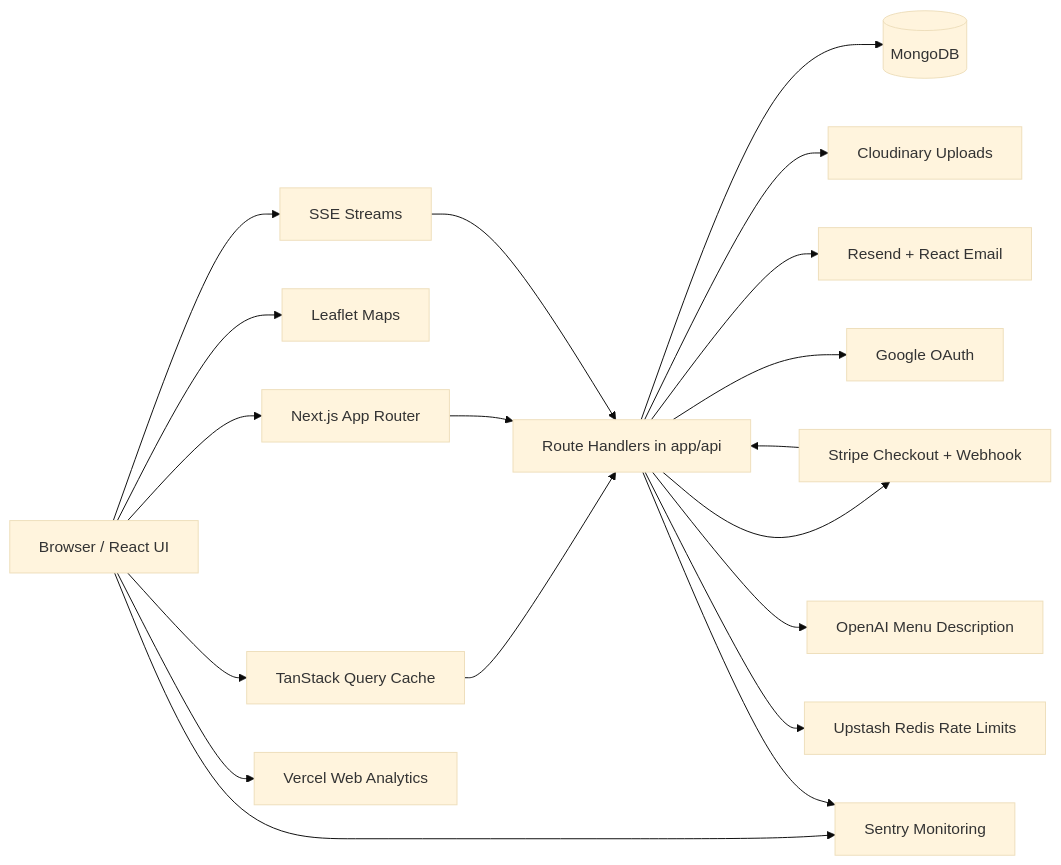
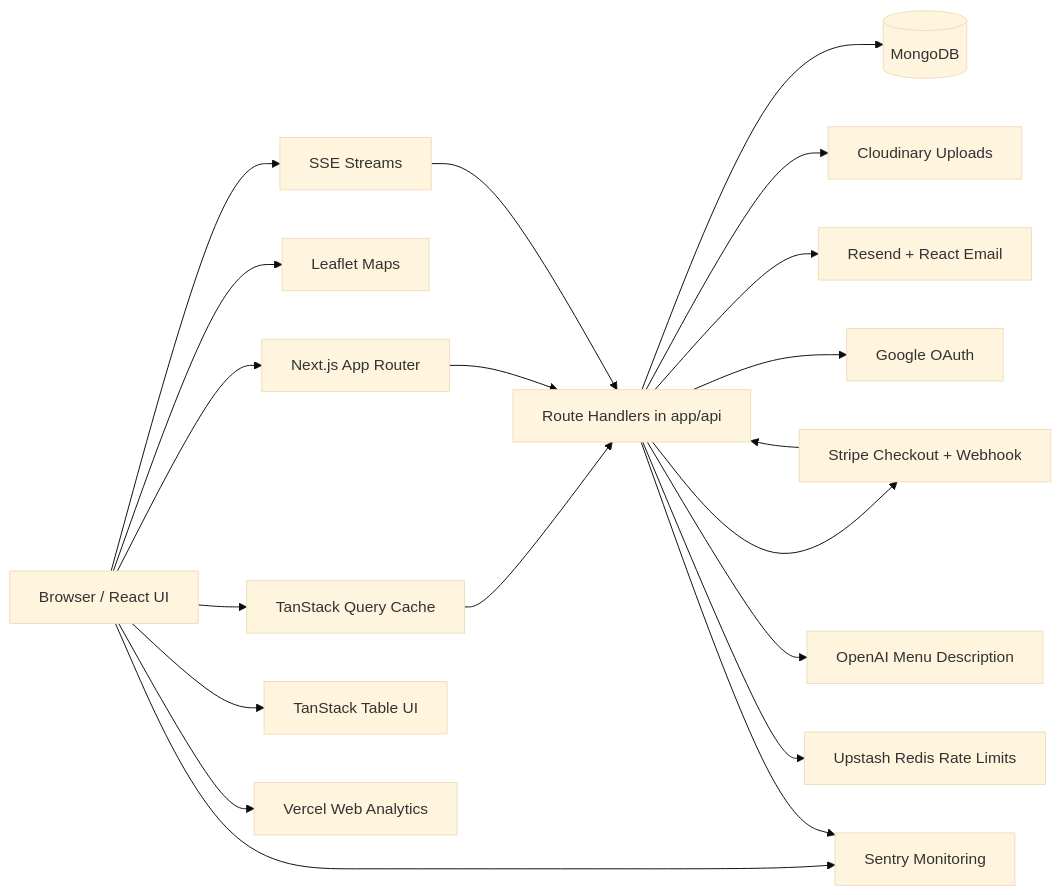
One commit to kimamovic21/food-ordering-app-nextjs-cwd-yt-2023 changed the first of 9 diagrams in ARCHITECTURE.md. Above: the diagram before and after it, drawn with Mermaid (base theme). The commit also changed other lines of this file and 21 other files, not shown here.

First line of the commit message:
Migrate app tables to TanStack Table

````diff
--- a/ARCHITECTURE.md
+++ b/ARCHITECTURE.md
@@ -9,37 +9,39 @@
 ```mermaid
 flowchart LR
   Browser[Browser / React UI]
   NextApp[Next.js App Router]
   Api[Route Handlers in app/api]
   Mongo[(MongoDB)]
   Stripe[Stripe Checkout + Webhook]
   Cloudinary[Cloudinary Uploads]
   Resend[Resend + React Email]
   Google[Google OAuth]
   OpenAI[OpenAI Menu Description]
   Redis[Upstash Redis Rate Limits]
   Maps[Leaflet Maps]
   SSE[SSE Streams]
   Query[TanStack Query Cache]
+  Tables[TanStack Table UI]
   Sentry[Sentry Monitoring]
   Analytics[Vercel Web Analytics]
 
   Browser --> NextApp
   Browser --> Query
+  Browser --> Tables
   Query --> Api
   NextApp --> Api
   Api --> Mongo
   Api --> Stripe
   Api --> Cloudinary
   Api --> Resend
   Api --> Google
   Api --> OpenAI
   Api --> Redis
   Browser --> Maps
   Browser --> SSE
   SSE --> Api
   Browser --> Sentry
   Browser --> Analytics
   Api --> Sentry
   Stripe --> Api
 ```
````
